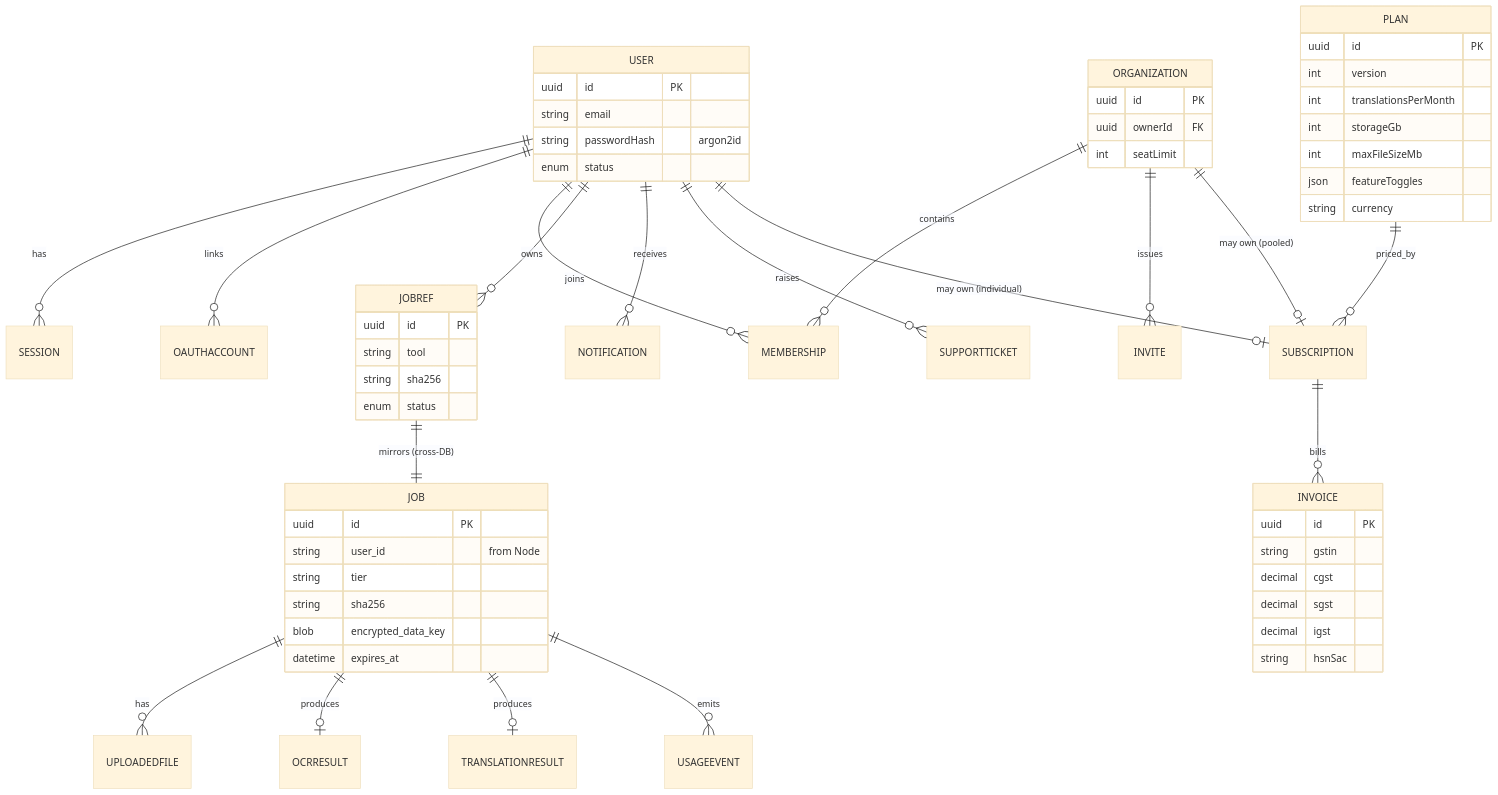
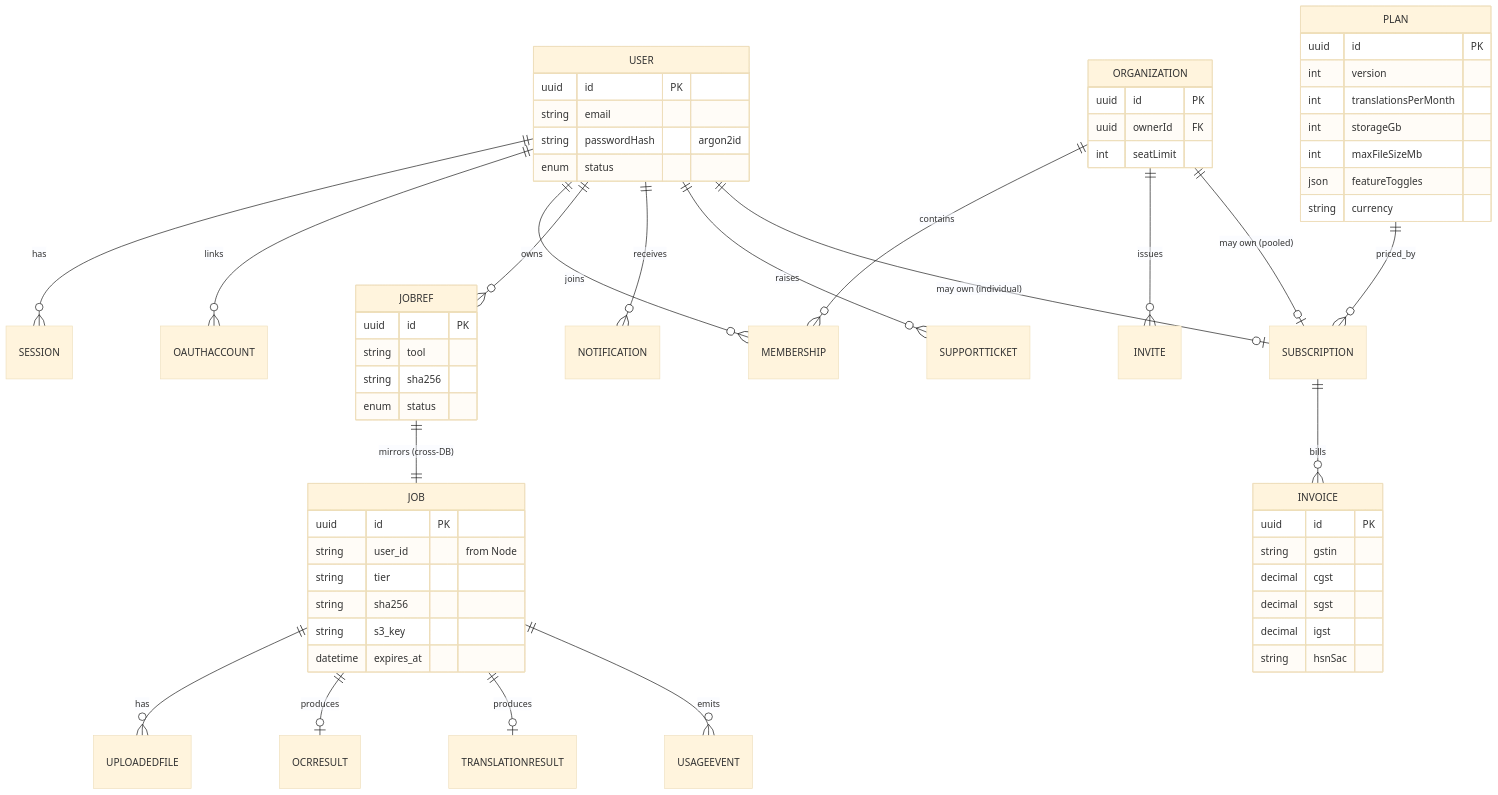
The sixth of 11 diagrams in architecture_diagrams.md (Mrutunjay50/DOCS), drawn with Mermaid (base theme) before and after one commit. The commit also changed other lines of this file, not shown here.

````diff
--- a/architecture_diagrams.md
+++ b/architecture_diagrams.md
@@ -281,63 +276,63 @@
 ```mermaid
 erDiagram
     USER ||--o{ SESSION : has
     USER ||--o{ OAUTHACCOUNT : links
     USER ||--o{ MEMBERSHIP : joins
     USER ||--o{ JOBREF : owns
     USER ||--o{ NOTIFICATION : receives
     USER ||--o{ SUPPORTTICKET : raises
     ORGANIZATION ||--o{ MEMBERSHIP : contains
     ORGANIZATION ||--o{ INVITE : issues
     ORGANIZATION ||--o| SUBSCRIPTION : "may own (pooled)"
     USER ||--o| SUBSCRIPTION : "may own (individual)"
     PLAN ||--o{ SUBSCRIPTION : priced_by
     SUBSCRIPTION ||--o{ INVOICE : bills
     JOBREF ||--|| JOB : "mirrors (cross-DB)"
     JOB ||--o{ UPLOADEDFILE : has
     JOB ||--o| OCRRESULT : produces
     JOB ||--o| TRANSLATIONRESULT : produces
     JOB ||--o{ USAGEEVENT : emits
 
     USER {
         uuid id PK
         string email
         string passwordHash "argon2id"
         enum status
     }
     ORGANIZATION {
         uuid id PK
         uuid ownerId FK
         int seatLimit
     }
     PLAN {
         uuid id PK
         int version
         int translationsPerMonth
         int storageGb
         int maxFileSizeMb
         json featureToggles
         string currency
     }
     JOBREF {
         uuid id PK
         string tool
         string sha256
         enum status
     }
     JOB {
         uuid id PK
         string user_id "from Node"
         string tier
         string sha256
-        blob encrypted_data_key
+        string s3_key
         datetime expires_at
     }
     INVOICE {
         uuid id PK
         string gstin
         decimal cgst
         decimal sgst
         decimal igst
         string hsnSac
     }
 ```
````
